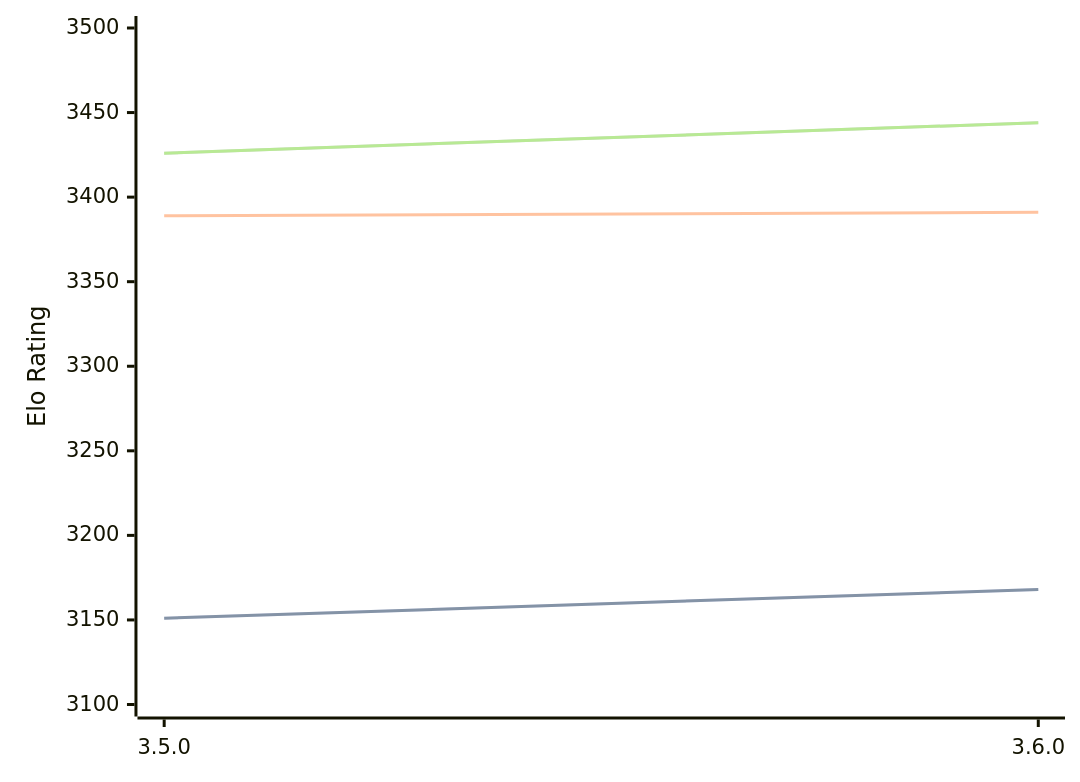
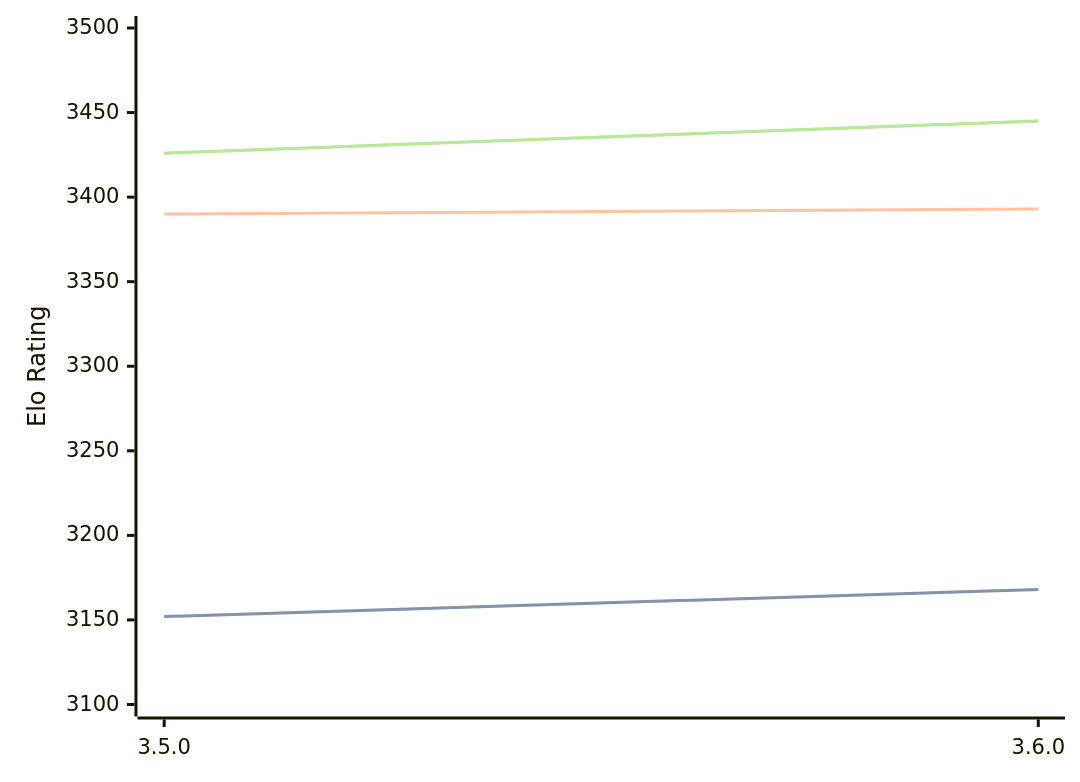
Before and after one commit to computer-chess-index/cci: the diagram in engines/Igel.md, drawn with Mermaid. The commit also changed other lines of this file, not shown here.

Commit message:
Update CCI Ratings (ELO VLTC) - 2026-05-21

````diff
--- a/engines/Igel.md
+++ b/engines/Igel.md
@@ -68,11 +68,11 @@
 ```mermaid
 %%{init: {"theme":"base","themeVariables":{"seriesColors:['#a3a3a3','#222221','#faa371']}}}%%
 xychart-beta
   x-axis ["3.5.0", "3.6.0"]
   y-axis "Elo Rating" 3100 --> 3500
-  line "STC (8.0+0.08s)" [3151, 3168]
-  line "STC (8.0+0.08s)" [3151, 3168]
-  line "LTC (60.0+0.60s)" [3389, 3391]
-  line "VLTC (2m24s+1.12s)" [3426, 3444]
-  line "VLTC (2m24s+1.12s)" [3426, 3444]
+  line "STC (8.0+0.08s)" [3152, 3168]
+  line "STC (8.0+0.08s)" [3152, 3168]
+  line "LTC (60.0+0.60s)" [3390, 3393]
+  line "VLTC (2m24s+1.12s)" [3426, 3445]
+  line "VLTC (2m24s+1.12s)" [3426, 3445]
 ```
````
